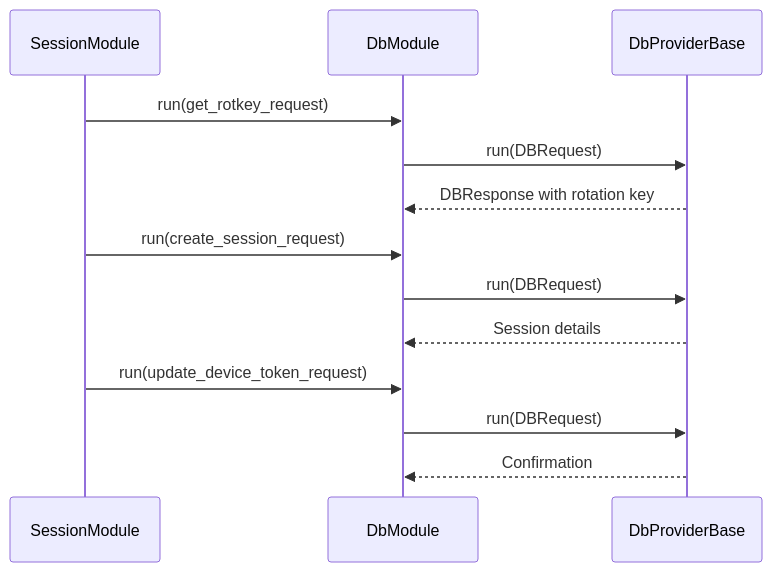
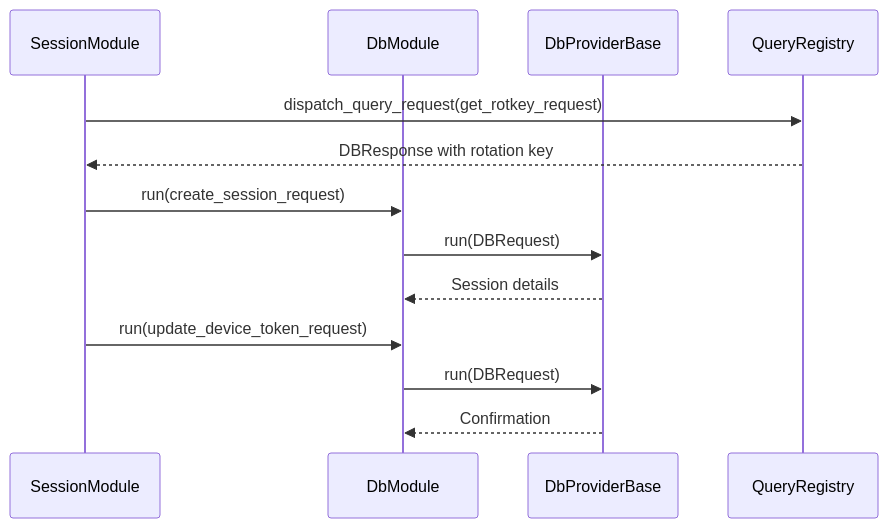
One commit to elide-us/elideus-group changed the eighth of 20 diagrams in AUTHENTICATION_DIAGRAMS.md. Above: the diagram before and after it, drawn with Mermaid. The commit also changed other lines of this file and 13 other files, not shown here.

Commit message:
Move rotkey lookup to query registry

````diff
--- a/AUTHENTICATION_DIAGRAMS.md
+++ b/AUTHENTICATION_DIAGRAMS.md
@@ -147,16 +148,16 @@
 ```mermaid
 sequenceDiagram
   participant Session as SessionModule
   participant DbModule as DbModule
   participant DbProvider as DbProviderBase
+  participant Query as QueryRegistry
 
-  Session->>DbModule: run(get_rotkey_request)
-  DbModule->>DbProvider: run(DBRequest)
-  DbProvider-->>DbModule: DBResponse with rotation key
+  Session->>Query: dispatch_query_request(get_rotkey_request)
+  Query-->>Session: DBResponse with rotation key
   Session->>DbModule: run(create_session_request)
   DbModule->>DbProvider: run(DBRequest)
   DbProvider-->>DbModule: Session details
   Session->>DbModule: run(update_device_token_request)
   DbModule->>DbProvider: run(DBRequest)
   DbProvider-->>DbModule: Confirmation
 ```
````
